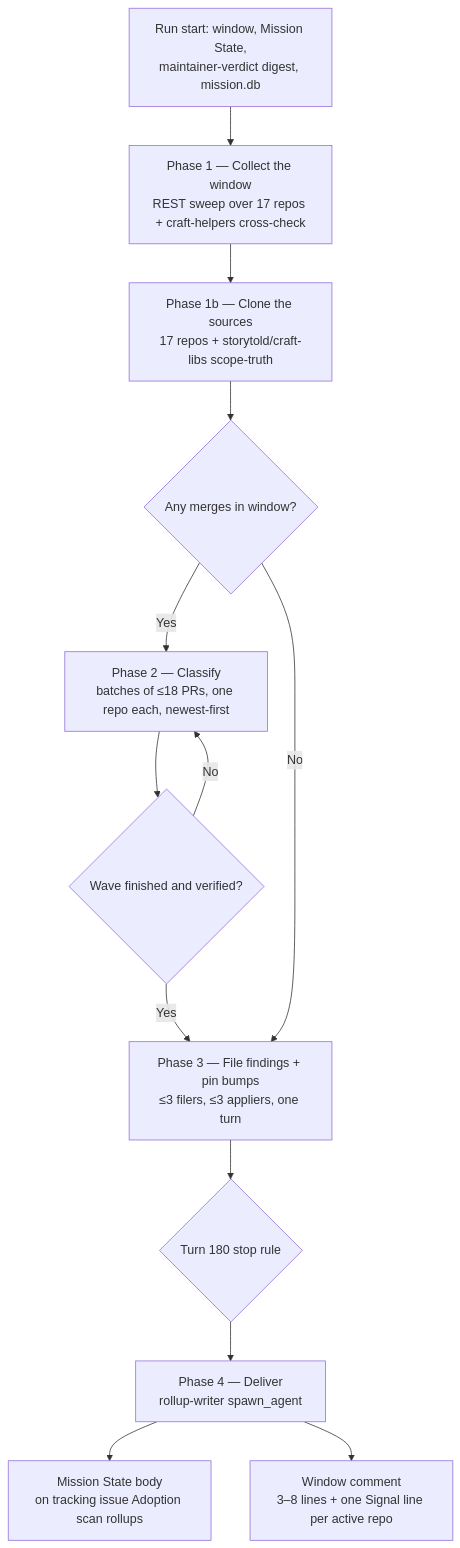
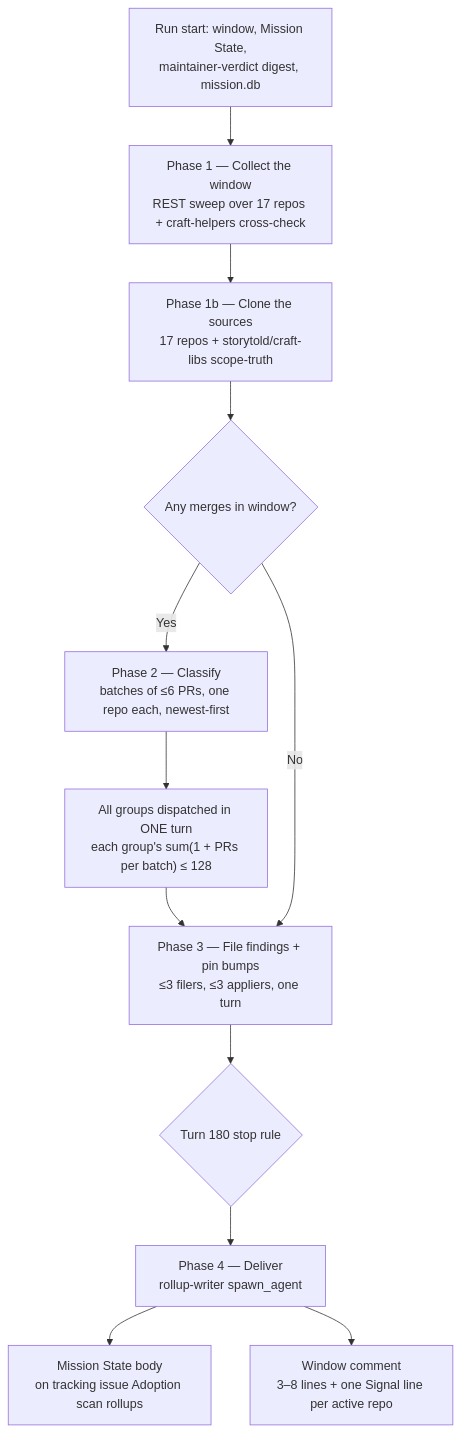
The second of 12 diagrams in docs/workflow-diagrams.md (ahmedhosnypro/craft-libs-adoption), drawn with Mermaid before and after one commit. The commit also changed other lines of this file and 6 other files, not shown here.

First line of the commit message:
fix(scan): capacity-grouped dispatch — smaller batches, one-turn calls, no wave barrier

````diff
--- a/docs/workflow-diagrams.md
+++ b/docs/workflow-diagrams.md
@@ -61,15 +61,14 @@
 ```mermaid
 flowchart TD
     Init["Run start: window, Mission State,<br/>maintainer-verdict digest, mission.db"] --> P1["Phase 1 — Collect the window<br/>REST sweep over 17 repos + craft-helpers cross-check"]
     P1 --> P1b["Phase 1b — Clone the sources<br/>17 repos + storytold/craft-libs scope-truth"]
     P1b --> Zero{"Any merges in window?"}
-    Zero -->|Yes| P2["Phase 2 — Classify<br/>batches of ≤18 PRs, one repo each, newest-first"]
-    P2 --> Wave{"Wave finished and verified?"}
-    Wave -->|No| P2
-    Wave -->|Yes| P3["Phase 3 — File findings + pin bumps<br/>≤3 filers, ≤3 appliers, one turn"]
+    Zero -->|Yes| P2["Phase 2 — Classify<br/>batches of ≤6 PRs, one repo each, newest-first"]
+    P2 --> Groups["All groups dispatched in ONE turn<br/>each group's sum(1 + PRs per batch) ≤ 128"]
+    Groups --> P3["Phase 3 — File findings + pin bumps<br/>≤3 filers, ≤3 appliers, one turn"]
     Zero -->|No| P3
     P3 --> Stop{"Turn 180 stop rule"}
     Stop --> P4["Phase 4 — Deliver<br/>rollup-writer spawn_agent"]
     P4 --> Body["Mission State body<br/>on tracking issue Adoption scan rollups"]
     P4 --> Comment["Window comment<br/>3–8 lines + one Signal line per active repo"]
 ```
````
